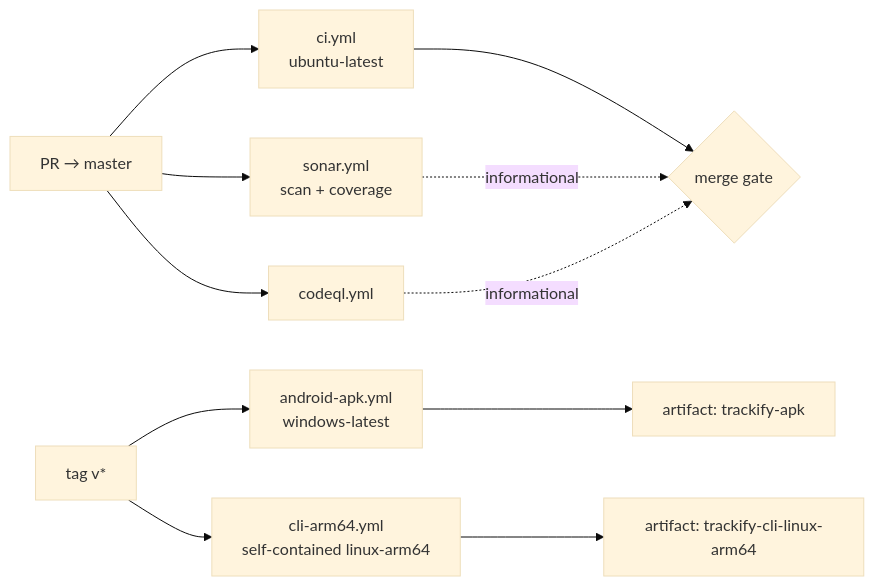
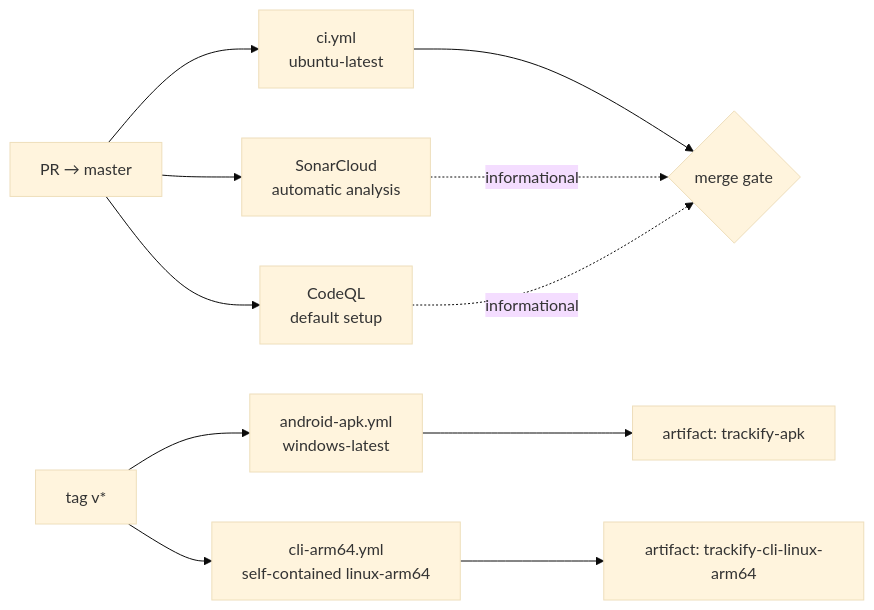
The second of 2 diagrams in docs/arc42/07-deployment-view.md (Ktechen/Trackify), drawn with Mermaid (base theme) before and after one commit. The commit also changed other lines of this file and 8 other files, not shown here.

````diff
--- a/docs/arc42/07-deployment-view.md
+++ b/docs/arc42/07-deployment-view.md
@@ -180,14 +182,14 @@
 ```mermaid
 graph LR
     PR["PR → master"] --> CI["ci.yml<br/>ubuntu-latest"]
-    PR --> SON["sonar.yml<br/>scan + coverage"]
-    PR --> CQL["codeql.yml"]
+    PR --> SON["SonarCloud<br/>automatic analysis"]
+    PR --> CQL["CodeQL<br/>default setup"]
     TAG["tag v*"] --> APK["android-apk.yml<br/>windows-latest"]
     TAG --> ARM["cli-arm64.yml<br/>self-contained linux-arm64"]
 
     CI --> G{"merge gate"}
     SON -.->|"informational"| G
     CQL -.->|"informational"| G
     APK --> ART1["artifact: trackify-apk"]
     ARM --> ART2["artifact: trackify-cli-linux-arm64"]
 ```
````
